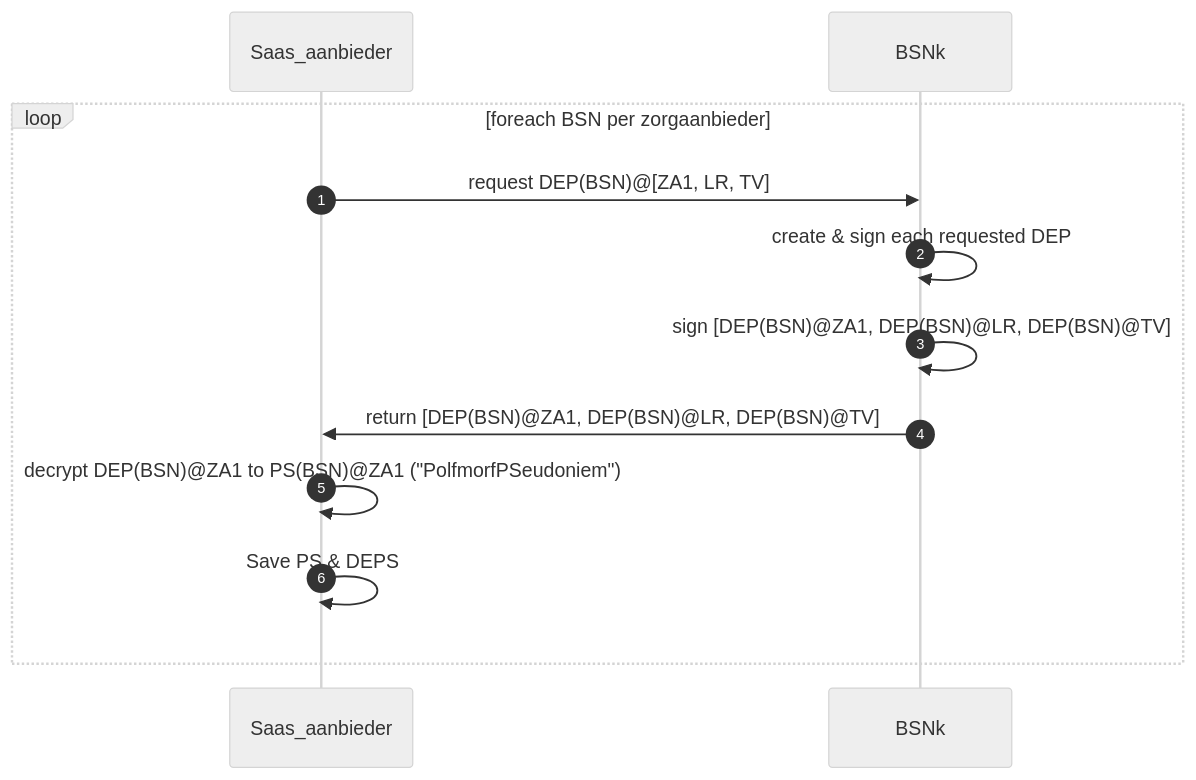
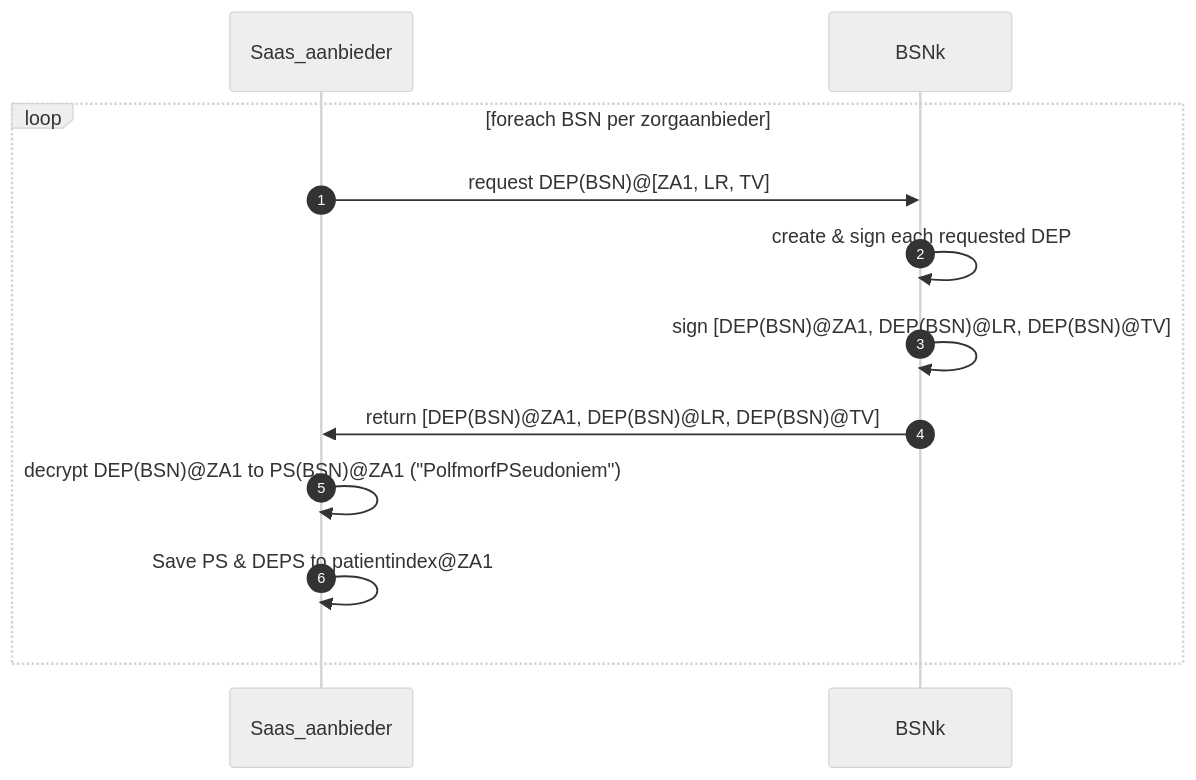
One commit to minvws/generiekefuncties-lokalisatie changed the second of 6 diagrams in architectuur/sequentie-diagrammen.md. Above: the diagram before and after it, drawn with Mermaid (neutral theme). The commit also changed other lines of this file, not shown here.

````diff
--- a/architectuur/sequentie-diagrammen.md
+++ b/architectuur/sequentie-diagrammen.md
@@ -19,12 +22,12 @@
 ```mermaid
 sequenceDiagram
 autonumber
 loop foreach BSN per zorgaanbieder
   Saas_aanbieder ->> BSNk: request DEP(BSN)@[ZA1, LR, TV]
   BSNk ->> BSNk: create & sign each requested DEP
   BSNk ->> BSNk: sign [DEP(BSN)@ZA1, DEP(BSN)@LR, DEP(BSN)@TV]
   BSNk ->> Saas_aanbieder:  return [DEP(BSN)@ZA1, DEP(BSN)@LR, DEP(BSN)@TV]
   Saas_aanbieder ->> Saas_aanbieder:  decrypt DEP(BSN)@ZA1 to PS(BSN)@ZA1 ("PolfmorfPSeudoniem")
-  Saas_aanbieder ->> Saas_aanbieder:  Save PS & DEPS
+  Saas_aanbieder ->> Saas_aanbieder:  Save PS & DEPS to patientindex@ZA1
 end
 ```
````
